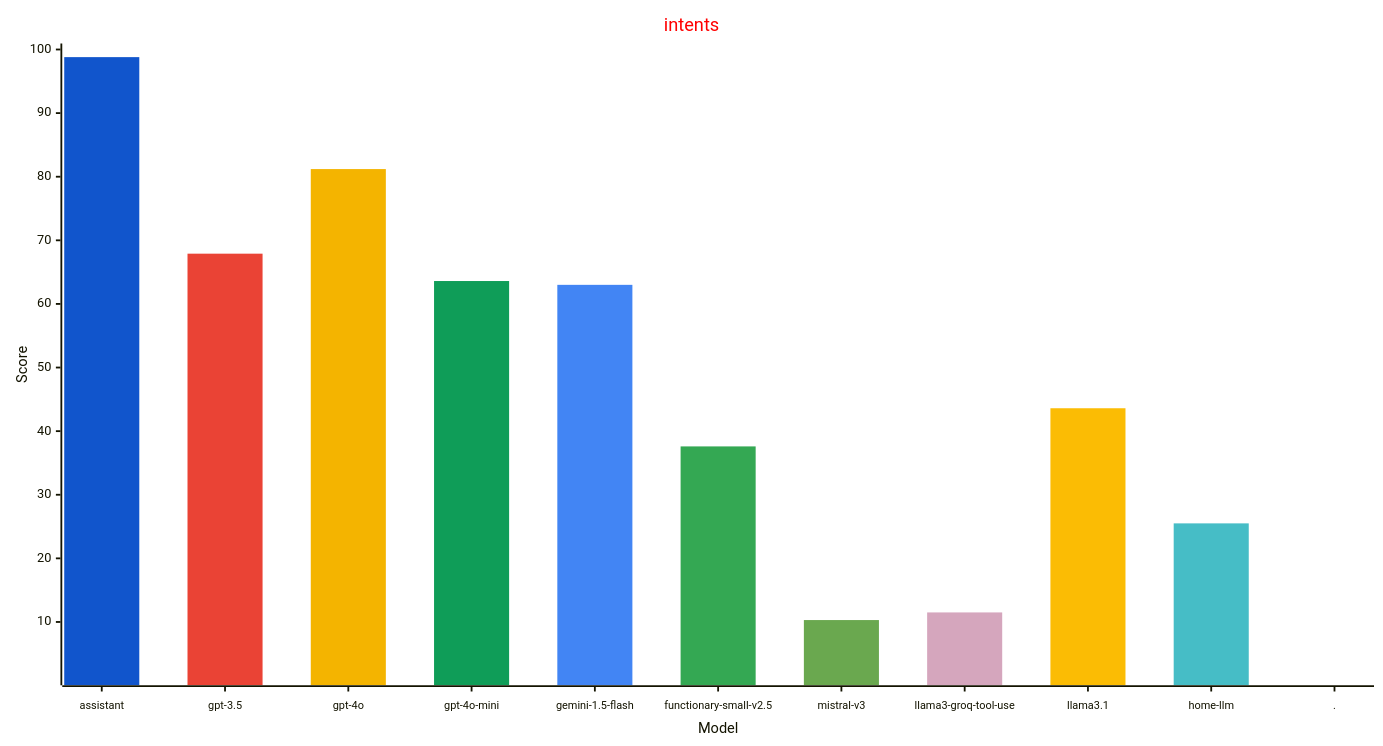
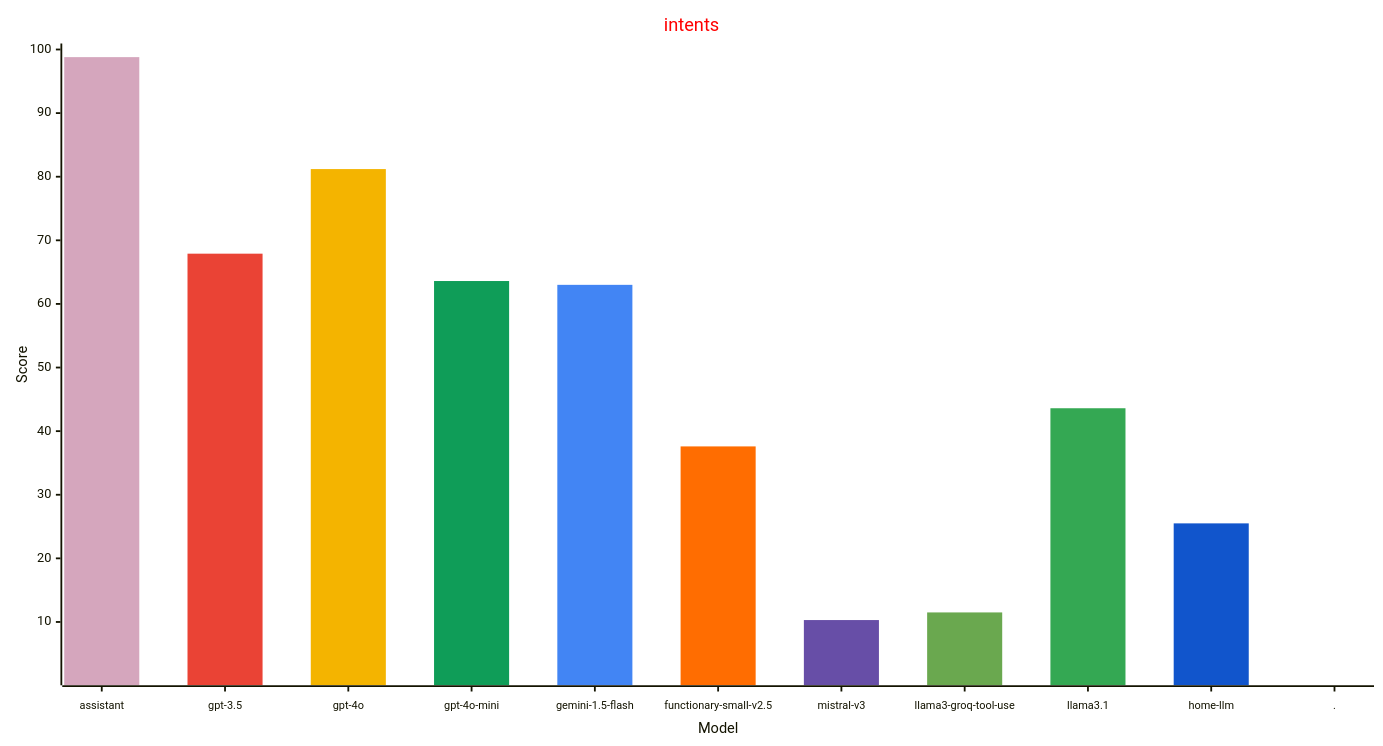
The third of 3 diagrams in reports/README.md (allenporter/home-assistant-datasets), drawn with Mermaid before and after one commit. The commit also changed other lines of this file and 81 other files, not shown here.

````diff
--- a/reports/README.md
+++ b/reports/README.md
@@ -132,31 +133,31 @@
 ```mermaid
 ---
 config:
     xyChart:
         width: 1500
         height: 800
         xAxis:
           labelFontSize: 12
           labelPadding: 8
     themeVariables:
         xyChart:
             titleColor: "#ff0000"
-            plotColorPalette: "#1155cc, #ea4335, #f4b400, #0f9d58, #4285f4, #34a853, #6aa84f, #d5a6bd, #fbbc04, #46bdc6, #4285f4"
+            plotColorPalette: "#d5a6bd, #ea4335, #f4b400, #0f9d58, #4285f4, #ff6d01, #674ea7, #6aa84f, #34a853, #1155cc, #4285f4"
 
 ---
 xychart-beta
   title "intents"
   x-axis "Model" [assistant, gpt-3.5, gpt-4o, gpt-4o-mini, gemini-1.5-flash, functionary-small-v2.5, mistral-v3, llama3-groq-tool-use, llama3.1, home-llm, .]
   y-axis "Score" 1 --> 100
   bar [98.8, 0.0, 0.0, 0.0, 0.0, 0.0, 0.0, 0.0, 0.0, 0.0, 0.0]
   bar [0.0, 67.9, 0.0, 0.0, 0.0, 0.0, 0.0, 0.0, 0.0, 0.0, 0.0]
   bar [0.0, 0.0, 81.2, 0.0, 0.0, 0.0, 0.0, 0.0, 0.0, 0.0, 0.0]
   bar [0.0, 0.0, 0.0, 63.6, 0.0, 0.0, 0.0, 0.0, 0.0, 0.0, 0.0]
   bar [0.0, 0.0, 0.0, 0.0, 63.0, 0.0, 0.0, 0.0, 0.0, 0.0, 0.0]
   bar [0.0, 0.0, 0.0, 0.0, 0.0, 37.6, 0.0, 0.0, 0.0, 0.0, 0.0]
   bar [0.0, 0.0, 0.0, 0.0, 0.0, 0.0, 10.3, 0.0, 0.0, 0.0, 0.0]
   bar [0.0, 0.0, 0.0, 0.0, 0.0, 0.0, 0.0, 11.5, 0.0, 0.0, 0.0]
   bar [0.0, 0.0, 0.0, 0.0, 0.0, 0.0, 0.0, 0.0, 43.6, 0.0, 0.0]
   bar [0.0, 0.0, 0.0, 0.0, 0.0, 0.0, 0.0, 0.0, 0.0, 25.5, 0.0]
   bar [0.0, 0.0, 0.0, 0.0, 0.0, 0.0, 0.0, 0.0, 0.0, 0.0, -1.0]
 ```
````
